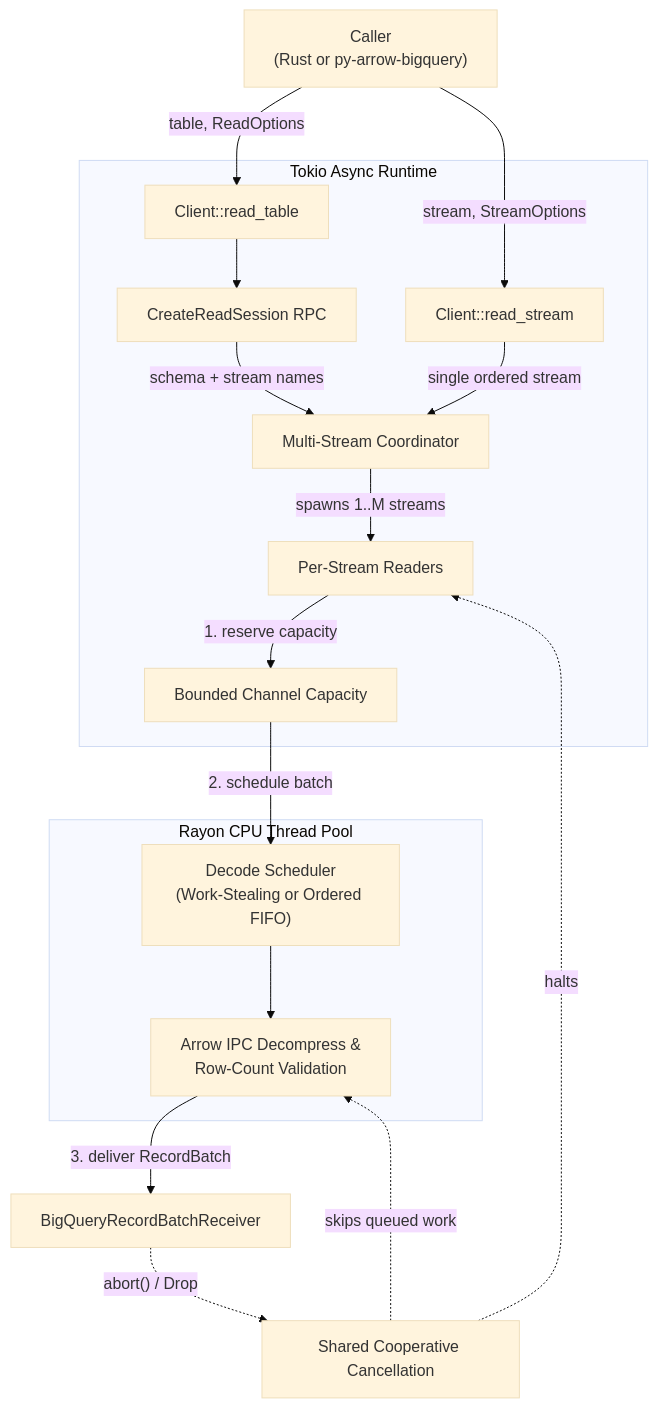
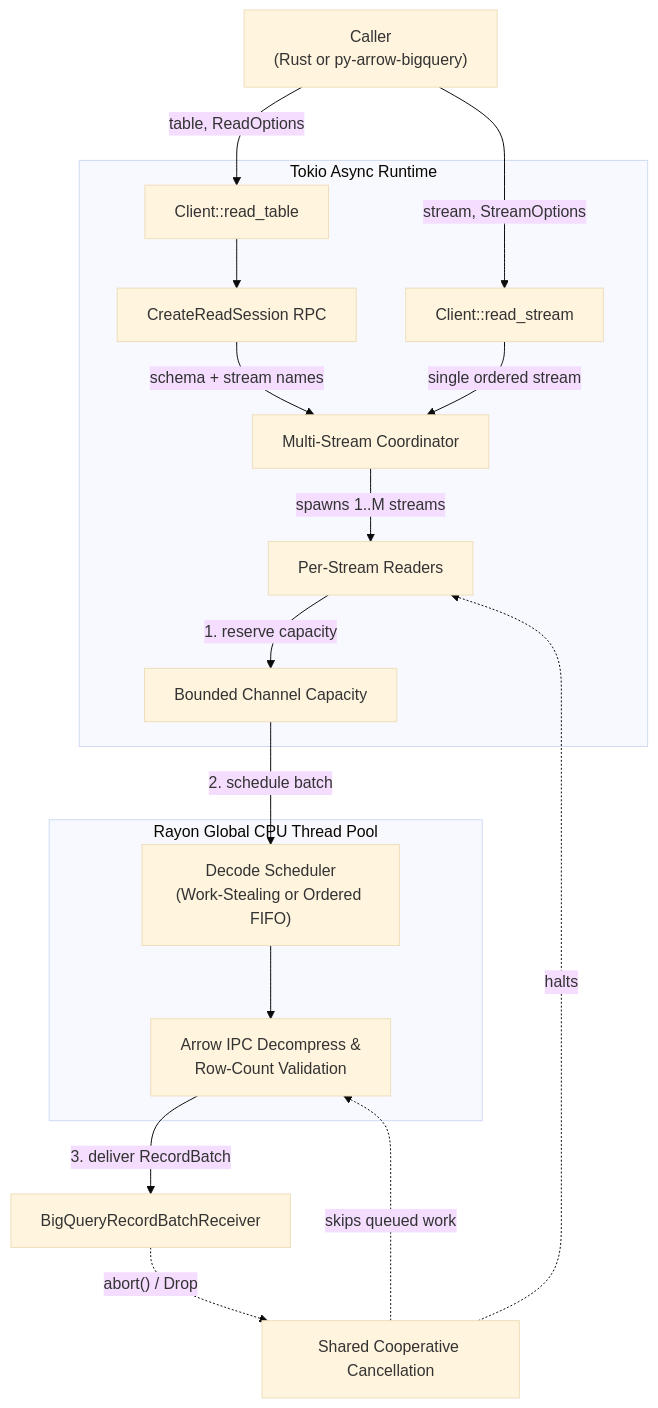
Before and after one commit to pola-rs/polars-bigquery-client: the first of 2 diagrams in docs/designs/read_table_reconnection.md, drawn with Mermaid (base theme). The commit also changed other lines of this file and 3 other files, not shown here.

First line of the commit message:
fix: use global rayon pool for work stealing decompression (#93)

````diff
--- a/docs/designs/read_table_reconnection.md
+++ b/docs/designs/read_table_reconnection.md
@@ -83,37 +83,37 @@
 ```mermaid
 flowchart TD
     Caller["Caller\n(Rust or py-arrow-bigquery)"]
 
     subgraph Tokio["Tokio Async Runtime"]
         ReadTable["Client::read_table"]
         CreateSession["CreateReadSession RPC"]
         ReadStreamFn["Client::read_stream"]
         Coordinator["Multi-Stream Coordinator"]
         StreamReaders["Per-Stream Readers"]
         Backpressure["Bounded Channel Capacity"]
     end
 
-    subgraph Rayon["Rayon CPU Thread Pool"]
+    subgraph Rayon["Rayon Global CPU Thread Pool"]
         Scheduler["Decode Scheduler\n(Work-Stealing or Ordered FIFO)"]
         Decoder["Arrow IPC Decompress &\nRow-Count Validation"]
     end
 
     Receiver["BigQueryRecordBatchReceiver"]
     Cancel["Shared Cooperative Cancellation"]
 
     Caller -->|"table, ReadOptions"| ReadTable
     ReadTable --> CreateSession
     CreateSession -->|"schema + stream names"| Coordinator
 
     Caller --->|"stream, StreamOptions"| ReadStreamFn
     ReadStreamFn -->|"single ordered stream"| Coordinator
 
     Coordinator -->|"spawns 1..M streams"| StreamReaders
     StreamReaders -->|"1. reserve capacity"| Backpressure
     Backpressure -->|"2. schedule batch"| Scheduler
     Scheduler --> Decoder
     Decoder -->|"3. deliver RecordBatch"| Receiver
     Receiver -.->|"abort() / Drop"| Cancel
     Cancel -.->|"halts"| StreamReaders
     Cancel -.->|"skips queued work"| Decoder
 ```
````
